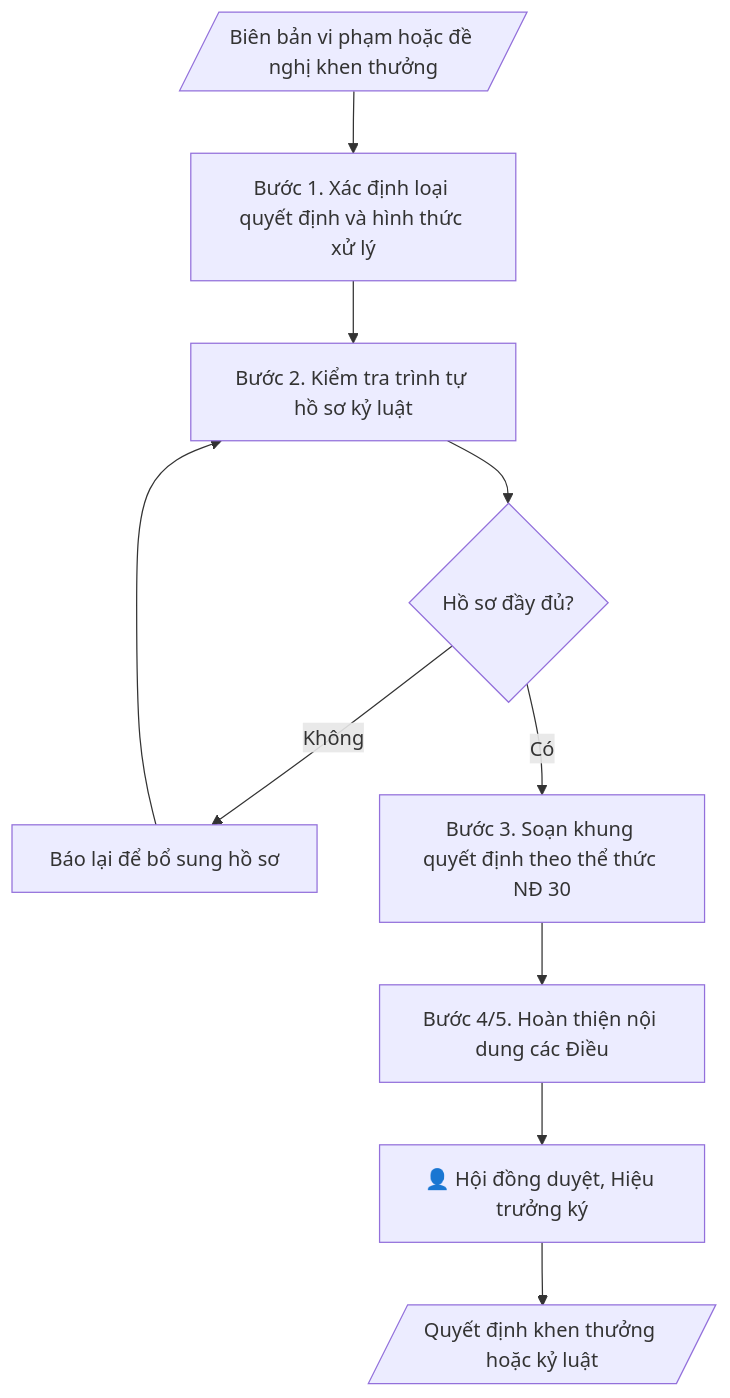
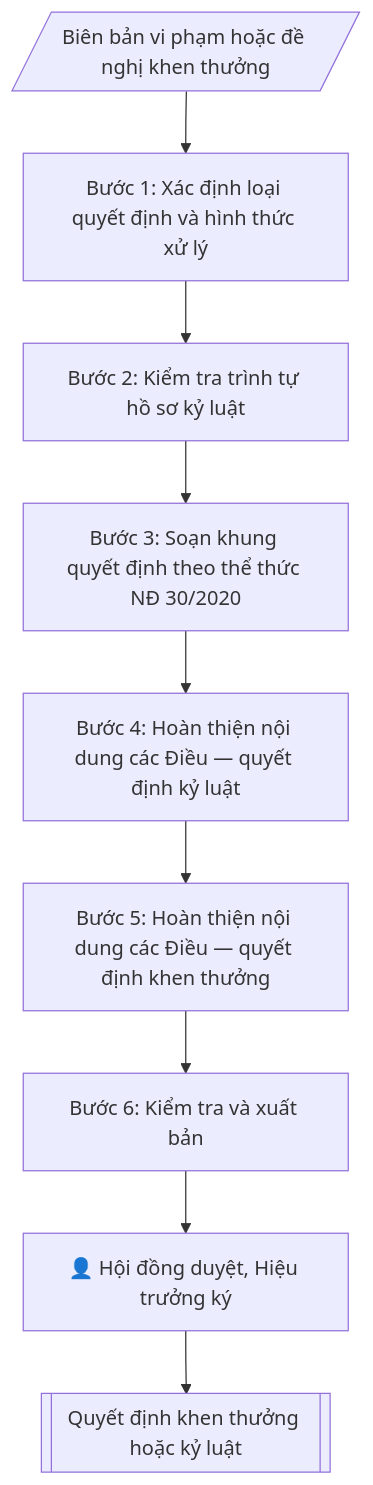
Before and after one commit to phamtruong91/dh-skills: the diagram in skills/quyet-dinh-ky-luat-sv/SKILL.md, drawn with Mermaid. The commit also changed 124 other files, not shown here.

First line of the commit message:
Khôi phục quy trình đầy đủ cho 58 skill bị rút gọn (nghiệp vụ gốc + ràng buộc pháp lý từ phap-ly.md)

````diff
--- a/skills/quyet-dinh-ky-luat-sv/SKILL.md
+++ b/skills/quyet-dinh-ky-luat-sv/SKILL.md
@@ -115,15 +115,11 @@
 ```mermaid
 flowchart TD
-    IN[/"Biên bản vi phạm hoặc đề nghị khen thưởng"/]
-    A["Bước 1. Xác định loại quyết định và hình thức xử lý"]
-    B["Bước 2. Kiểm tra trình tự hồ sơ kỷ luật"]
-    C{"Hồ sơ đầy đủ?"}
-    D["Báo lại để bổ sung hồ sơ"]
-    E["Bước 3. Soạn khung quyết định theo thể thức NĐ 30"]
-    F["Bước 4/5. Hoàn thiện nội dung các Điều"]
-    G["👤 Hội đồng duyệt, Hiệu trưởng ký"]
-    OUT[/"Quyết định khen thưởng hoặc kỷ luật"/]
-    IN --> A --> B --> C
-    C -->|Không| D --> B
-    C -->|Có| E --> F --> G --> OUT
+    IN[/"Biên bản vi phạm hoặc đề nghị khen thưởng"/] --> B1["Bước 1: Xác định loại quyết định và hình thức xử lý"]
+    B1 --> B2["Bước 2: Kiểm tra trình tự hồ sơ kỷ luật"]
+    B2 --> B3["Bước 3: Soạn khung quyết định theo thể thức NĐ 30/2020"]
+    B3 --> B4["Bước 4: Hoàn thiện nội dung các Điều — quyết định kỷ luật"]
+    B4 --> B5["Bước 5: Hoàn thiện nội dung các Điều — quyết định khen thưởng"]
+    B5 --> B6["Bước 6: Kiểm tra và xuất bản"]
+    B6 --> HG["👤 Hội đồng duyệt, Hiệu trưởng ký"]
+    HG --> OUT[["Quyết định khen thưởng hoặc kỷ luật"]]
 ```
````
